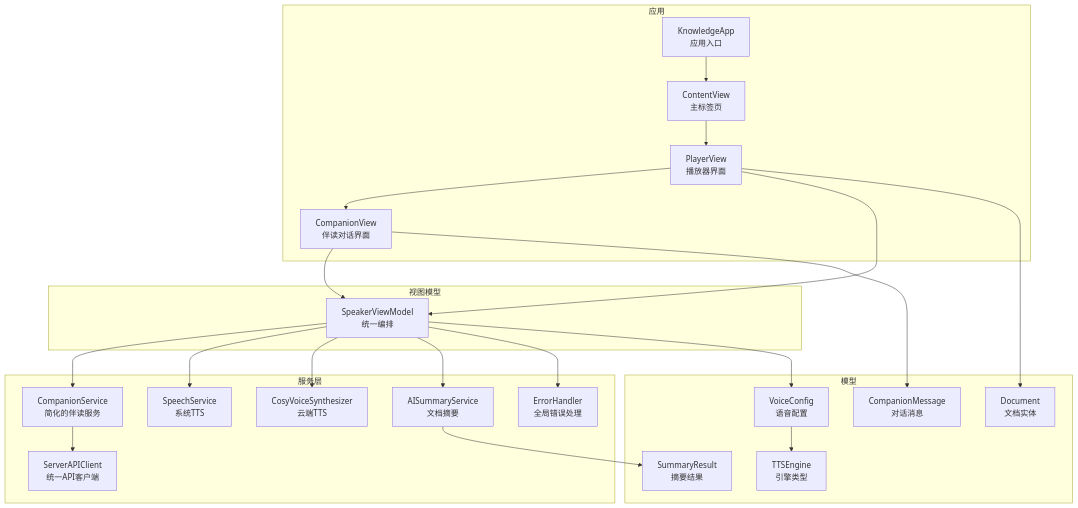
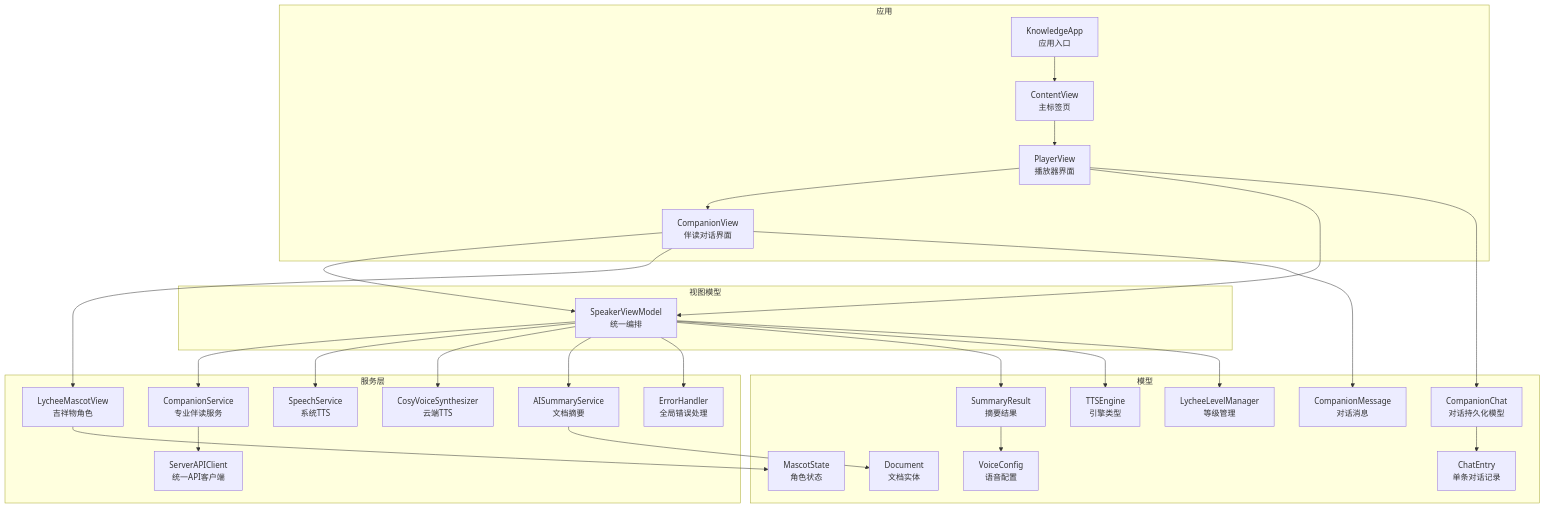
One commit to Primoguo/VoiceReader changed the first of 12 diagrams in .qoder/repowiki/zh/content/核心功能模块/AI 伴读对话功能.md. Above: the diagram before and after it, drawn with Mermaid. The commit also changed other lines of this file and 92 other files, not shown here.

````diff
--- a/.qoder/repowiki/zh/content/核心功能模块/AI 伴读对话功能.md
+++ b/.qoder/repowiki/zh/content/核心功能模块/AI 伴读对话功能.md
@@ -54,39 +62,49 @@
 ```mermaid
 graph TB
 subgraph "应用"
 A["KnowledgeApp<br/>应用入口"] --> B["ContentView<br/>主标签页"]
 B --> C["PlayerView<br/>播放器界面"]
 C --> D["CompanionView<br/>伴读对话界面"]
 end
 subgraph "视图模型"
 E["SpeakerViewModel<br/>统一编排"]
 end
 subgraph "服务层"
-F["CompanionService<br/>简化的伴读服务"]
+F["CompanionService<br/>专业伴读服务"]
 G["ServerAPIClient<br/>统一API客户端"]
 H["SpeechService<br/>系统TTS"]
 I["CosyVoiceSynthesizer<br/>云端TTS"]
 J["AISummaryService<br/>文档摘要"]
 K["ErrorHandler<br/>全局错误处理"]
+L["LycheeMascotView<br/>吉祥物角色"]
 end
 subgraph "模型"
-L["CompanionMessage<br/>对话消息"]
-M["Document<br/>文档实体"]
-N["SummaryResult<br/>摘要结果"]
-O["VoiceConfig<br/>语音配置"]
-P["TTSEngine<br/>引擎类型"]
+M["CompanionMessage<br/>对话消息"]
+N["CompanionChat<br/>对话持久化模型"]
+O["Document<br/>文档实体"]
+P["SummaryResult<br/>摘要结果"]
+Q["VoiceConfig<br/>语音配置"]
+R["TTSEngine<br/>引擎类型"]
+S["LycheeLevelManager<br/>等级管理"]
+T["MascotState<br/>角色状态"]
+U["ChatEntry<br/>单条对话记录"]
 end
 C --> E
 D --> E
 E --> F
 E --> H
 E --> I
 E --> J
 E --> K
 F --> G
 D --> L
-C --> M
-J --> N
-E --> O
-O --> P
+D --> M
+C --> N
+J --> O
+E --> P
+P --> Q
+E --> R
+E --> S
+L --> T
+N --> U
 ```
````
